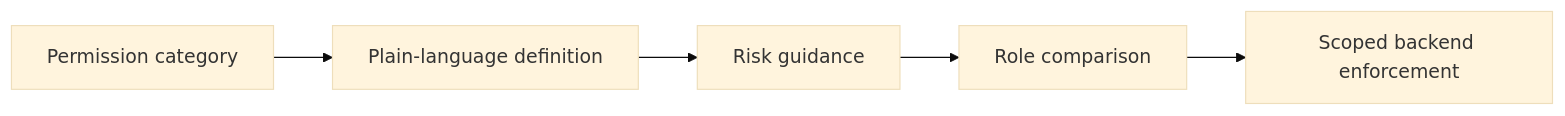
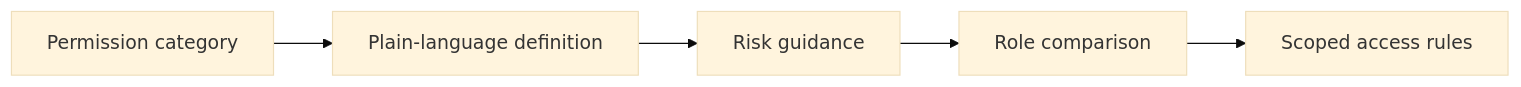
Before and after one commit to cristianrusu777/Kingshot-Events-Tracker-DOCS: the diagram in docs/admin/permissions.md, drawn with Mermaid (base theme). The commit also changed other lines of this file and 165 other files, not shown here.

````diff
--- a/docs/admin/permissions.md
+++ b/docs/admin/permissions.md
@@ -26,7 +28,7 @@
 ```mermaid
 flowchart LR
   A[Permission category] --> B[Plain-language definition]
   B --> C[Risk guidance]
   C --> D[Role comparison]
-  D --> E[Scoped backend enforcement]
+  D --> E[Scoped access rules]
 ```
````
